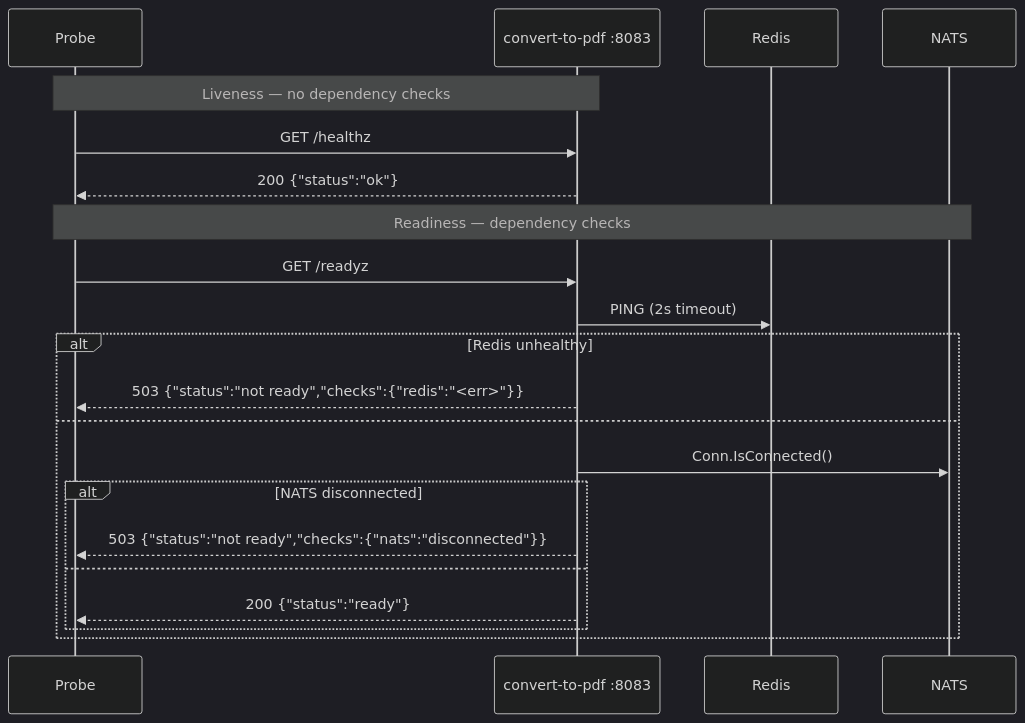
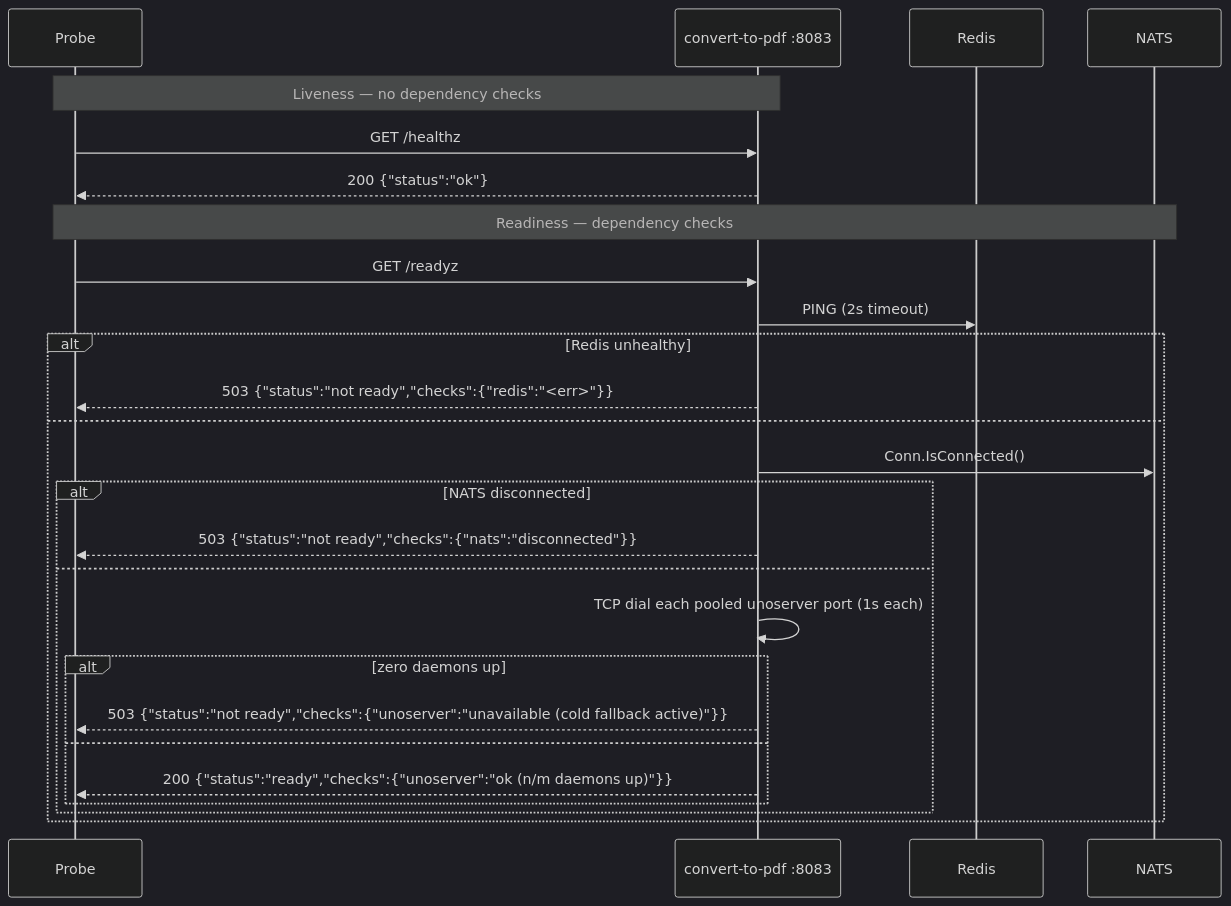
Before and after one commit to code-farms/fyredocs_backend: the second of 2 diagrams in docs/developer/services/convert-to-pdf.md, drawn with Mermaid (dark theme). The commit also changed other lines of this file and 13 other files, not shown here.

First line of the commit message:
fix(convert-to-pdf): start the unoserver pool and surface cold fallbacks

````diff
--- a/docs/developer/services/convert-to-pdf.md
+++ b/docs/developer/services/convert-to-pdf.md
@@ -251,25 +269,30 @@
 ```mermaid
 sequenceDiagram
     participant LB as Probe
     participant W as convert-to-pdf :8083
     participant R as Redis
     participant N as NATS
 
     Note over LB,W: Liveness — no dependency checks
     LB->>W: GET /healthz
     W-->>LB: 200 {"status":"ok"}
 
     Note over LB,N: Readiness — dependency checks
     LB->>W: GET /readyz
     W->>R: PING (2s timeout)
     alt Redis unhealthy
         W-->>LB: 503 {"status":"not ready","checks":{"redis":"<err>"}}
     else
         W->>N: Conn.IsConnected()
         alt NATS disconnected
             W-->>LB: 503 {"status":"not ready","checks":{"nats":"disconnected"}}
         else
-            W-->>LB: 200 {"status":"ready"}
+            W->>W: TCP dial each pooled unoserver port (1s each)
+            alt zero daemons up
+                W-->>LB: 503 {"status":"not ready","checks":{"unoserver":"unavailable (cold fallback active)"}}
+            else
+                W-->>LB: 200 {"status":"ready","checks":{"unoserver":"ok (n/m daemons up)"}}
+            end
         end
     end
 ```
````
